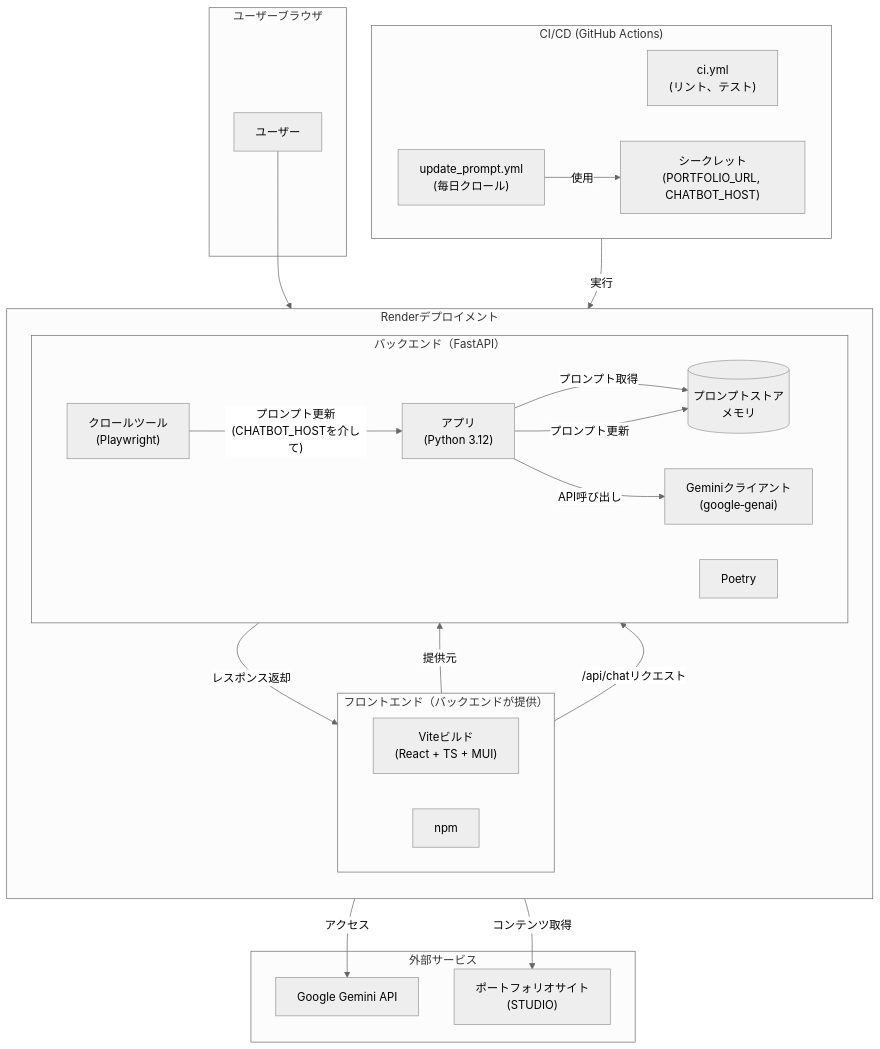
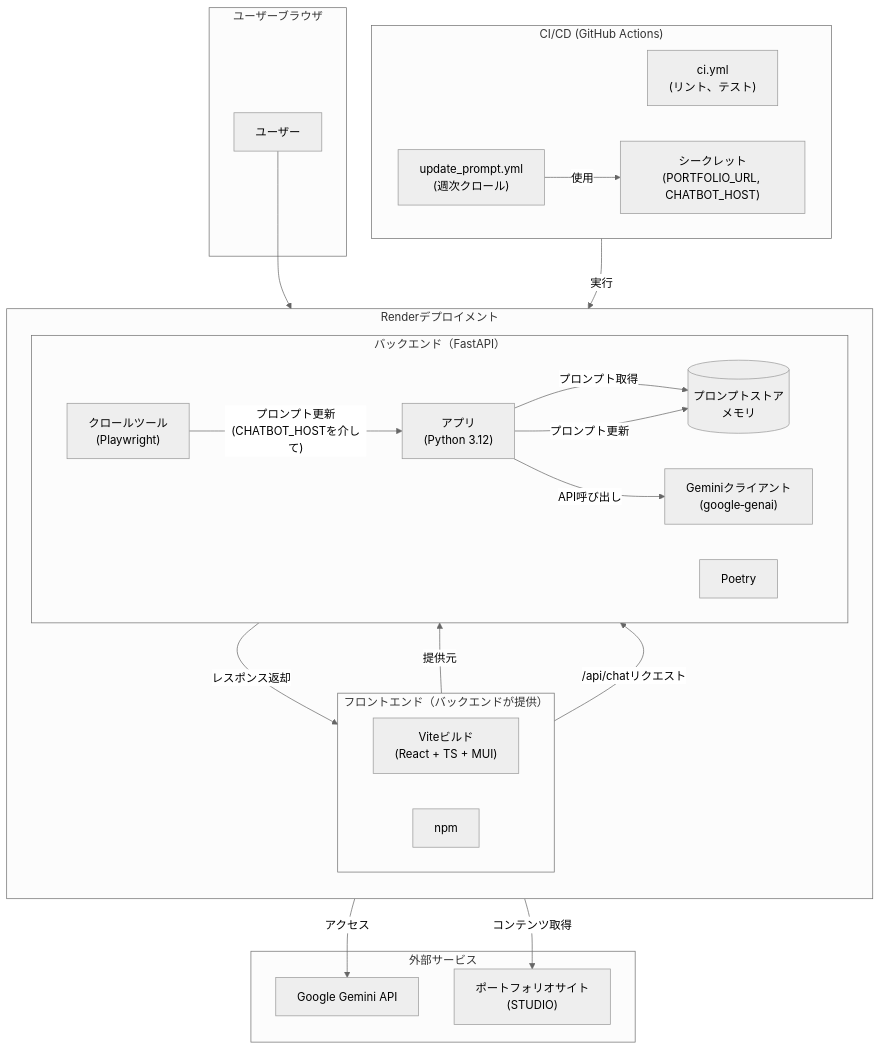
Before and after one commit to sakata325/portfolio_chatbot: the second of 2 diagrams in README.md, drawn with Mermaid (neutral theme). The commit also changed other lines of this file, not shown here.

````diff
--- a/README.md
+++ b/README.md
@@ -232,60 +232,60 @@
 ```mermaid
 graph TD
     %% ─────────────── ユーザー ───────────────
     subgraph User_Browser["ユーザーブラウザ"]
         U[ユーザー]
     end
 
     %% ─────────── Renderデプロイメント ───────────
     subgraph Render_Deployment["Renderデプロイメント"]
         direction TB
 
         %% フロントエンド
         subgraph Frontend_Served["フロントエンド（バックエンドが提供）"]
             direction LR
             FV["Viteビルド<br/>(React + TS + MUI)"]
             F_NPM[npm]
         end
 
         %% バックエンド
         subgraph Backend_Render["バックエンド（FastAPI）"]
             direction LR
             B_API["アプリ<br/>(Python 3.12)"]
             B_PS[("プロンプトストア<br/>メモリ")]
             B_GAI["Geminiクライアント<br/>(google‑genai)"]
             B_PO["Poetry"]
             B_TOOL["クロールツール<br/>(Playwright)"]
         end
 
         %% 内部リンク
         FV -- "提供元" --> B_API
     end
 
     %% ───────────── CI / CD ─────────────
     subgraph CI_CD_GitHub["CI/CD (GitHub Actions)"]
         direction LR
         CI["ci.yml<br/>(リント、テスト)"]
-        CD_UP["update_prompt.yml<br/>(毎日クロール)"]
+        CD_UP["update_prompt.yml<br/>(週次クロール)"]
         Secrets["シークレット<br/>(PORTFOLIO_URL, CHATBOT_HOST)"]
     end
 
     %% ─────────── 外部サービス ───────────
     subgraph External_Services["外部サービス"]
         ES_G["Google Gemini API"]
         ES_P["ポートフォリオサイト<br/>(STUDIO)"]
     end
 
     %% ────────────── エッジ ──────────────
     U --> FV
     FV -- "/api/chatリクエスト" --> B_API
     B_API -- "プロンプト取得" --> B_PS
     B_API -- "API呼び出し" --> B_GAI
     B_GAI -- "アクセス" --> ES_G
     B_API -- "レスポンス返却" --> FV
 
     CD_UP -- "実行" --> B_TOOL
     B_TOOL -- "コンテンツ取得" --> ES_P
     B_TOOL -- "プロンプト更新<br/>(CHATBOT_HOSTを介して)" --> B_API
     B_API -- "プロンプト更新" --> B_PS
     CD_UP -- "使用" --> Secrets
 ```
````
